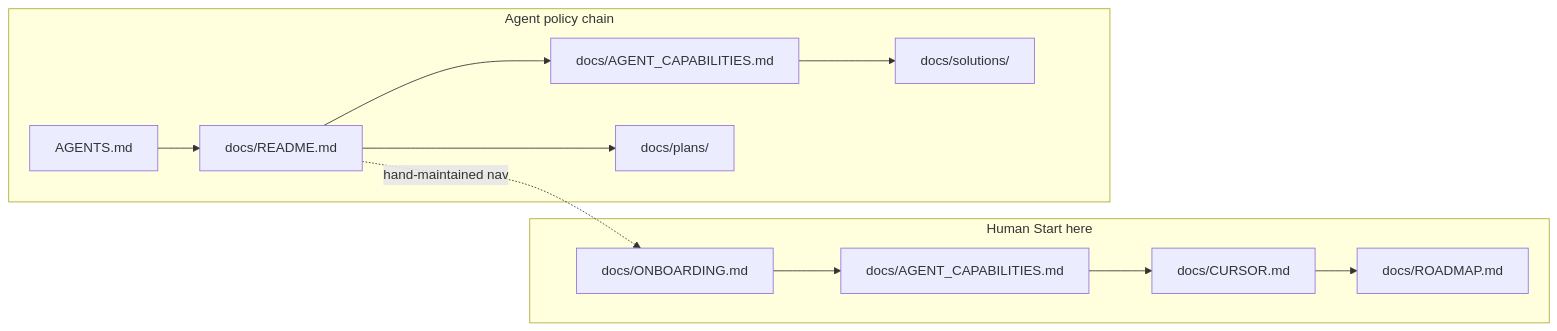
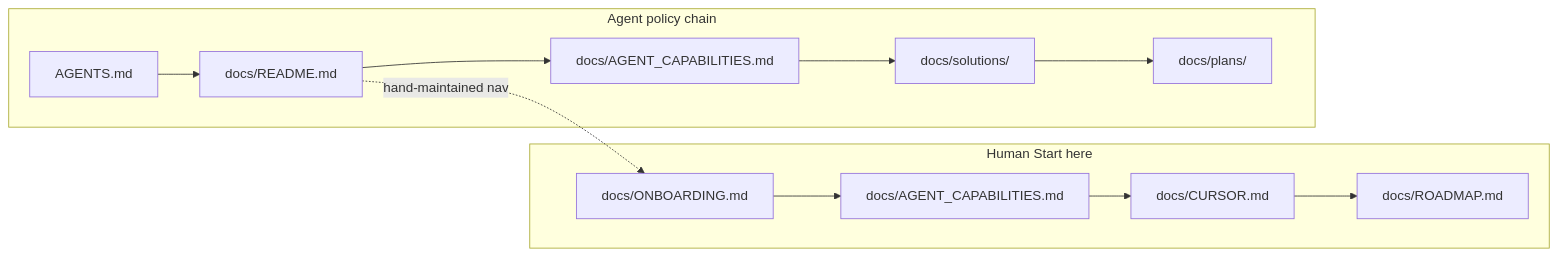
One commit to jmduea/orbit_wars changed the diagram in docs/plans/2026-06-03-010-feat-docs-readme-p0-plan.md. Above: the diagram before and after it, drawn with Mermaid. The commit also changed other lines of this file, not shown here.

First line of the commit message:
docs(plan): fix agent-chain diagram and P0 scope wording

````diff
--- a/docs/plans/2026-06-03-010-feat-docs-readme-p0-plan.md
+++ b/docs/plans/2026-06-03-010-feat-docs-readme-p0-plan.md
@@ -52,20 +52,19 @@
 ```mermaid
 flowchart LR
   subgraph human["Human Start here"]
     OB[docs/ONBOARDING.md]
     AC[docs/AGENT_CAPABILITIES.md]
     CR[docs/CURSOR.md]
     RM[docs/ROADMAP.md]
     OB --> AC --> CR --> RM
   end
   subgraph agent["Agent policy chain"]
     AG[AGENTS.md]
     DR[docs/README.md]
     AC2[docs/AGENT_CAPABILITIES.md]
     SL[docs/solutions/]
     PL[docs/plans/]
-    AG --> DR --> AC2 --> SL
-    DR --> PL
+    AG --> DR --> AC2 --> SL --> PL
   end
   DR -.->|hand-maintained nav| OB
 ```
````
